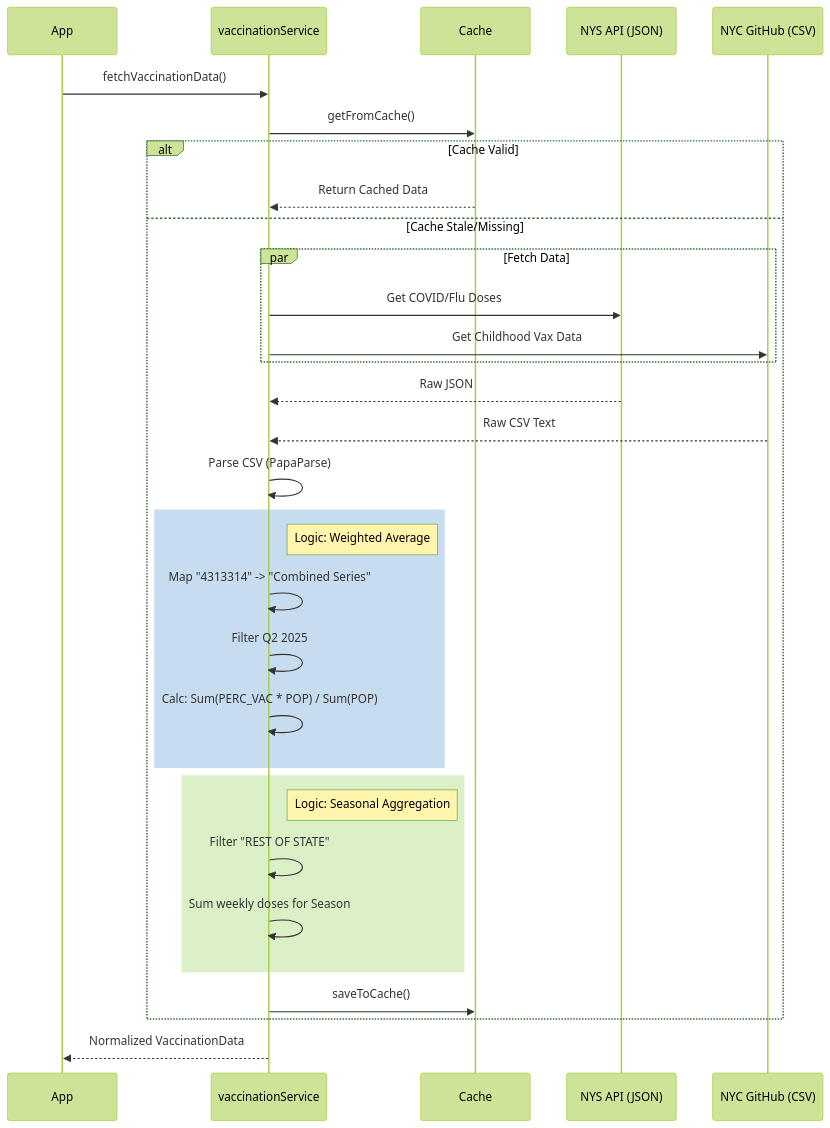
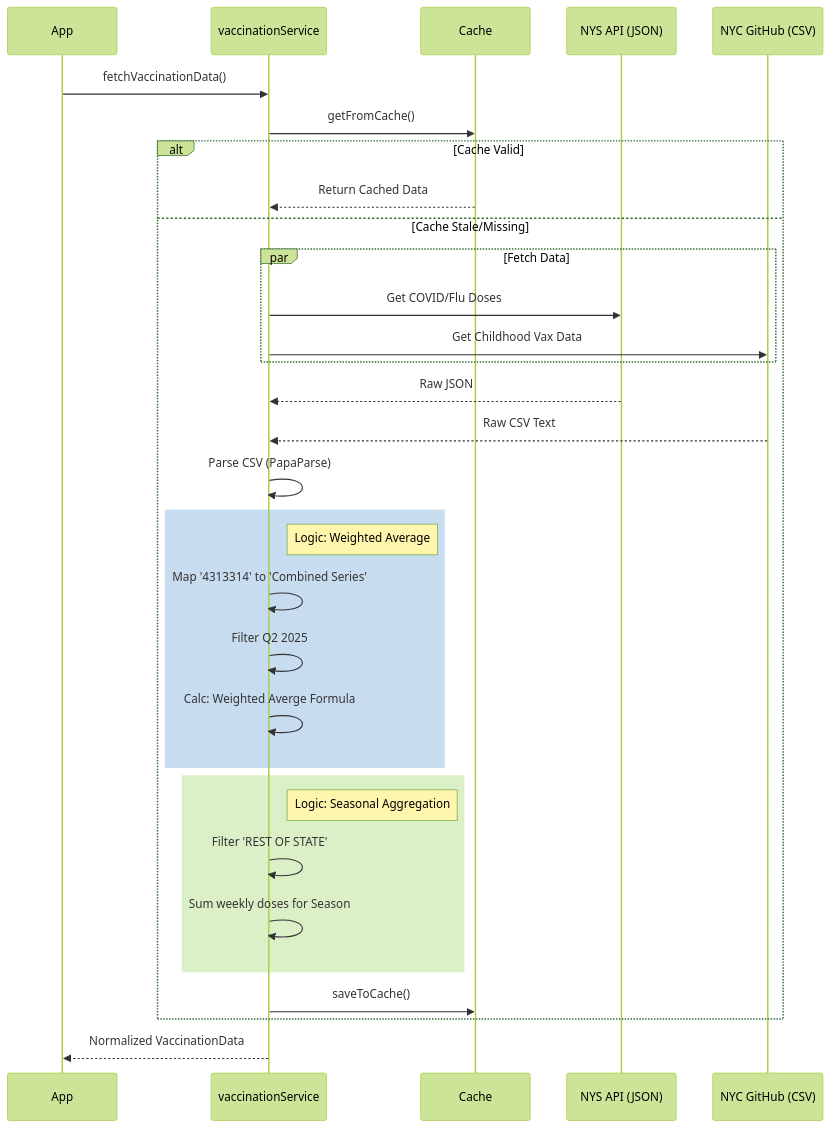
One commit to cmdrtomalak/ny_health_dashboard changed the third of 3 diagrams in Documentation/implementation_details.md. Above: the diagram before and after it, drawn with Mermaid (forest theme). The commit also changed other lines of this file and 4 other files, not shown here.

````diff
--- a/Documentation/implementation_details.md
+++ b/Documentation/implementation_details.md
@@ -99,39 +99,39 @@
 ```mermaid
 sequenceDiagram
     participant App
     participant Service as vaccinationService
     participant Cache
     participant API_NYS as NYS API (JSON)
     participant CSV_NYC as NYC GitHub (CSV)
     
     App->>Service: fetchVaccinationData()
     Service->>Cache: getFromCache()
     alt Cache Valid
         Cache-->>Service: Return Cached Data
     else Cache Stale/Missing
         par Fetch Data
             Service->>API_NYS: Get COVID/Flu Doses
             Service->>CSV_NYC: Get Childhood Vax Data
         end
         API_NYS-->>Service: Raw JSON
         CSV_NYC-->>Service: Raw CSV Text
         
         Service->>Service: Parse CSV (PapaParse)
         
         rect rgb(200, 220, 240)
             note right of Service: Logic: Weighted Average
-            Service->>Service: Map "4313314" -> "Combined Series"
+            Service->>Service: Map '4313314' to 'Combined Series'
             Service->>Service: Filter Q2 2025
-            Service->>Service: Calc: Sum(PERC_VAC * POP) / Sum(POP)
+            Service->>Service: Calc: Weighted Averge Formula
         end
         
         rect rgb(220, 240, 200)
             note right of Service: Logic: Seasonal Aggregation
-            Service->>Service: Filter "REST OF STATE"
+            Service->>Service: Filter 'REST OF STATE'
             Service->>Service: Sum weekly doses for Season
         end
         
         Service->>Cache: saveToCache()
     end
     Service-->>App: Normalized VaccinationData
 ```
````
